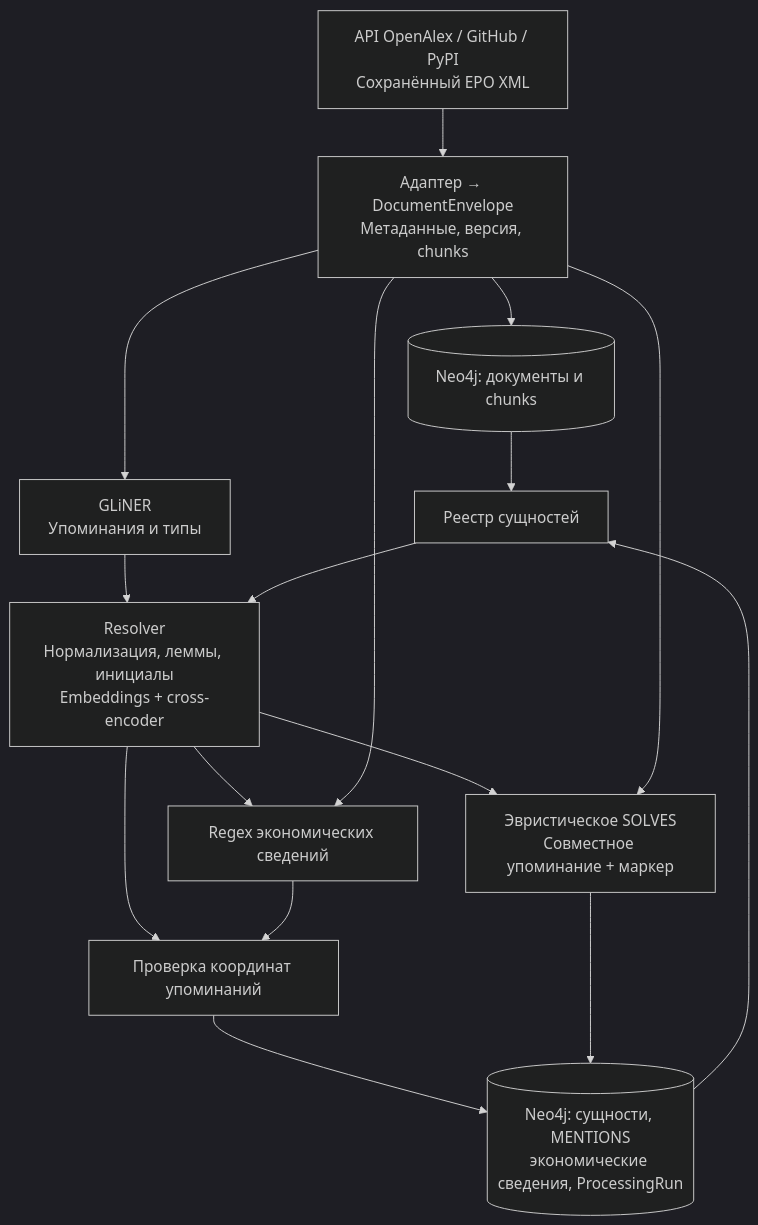
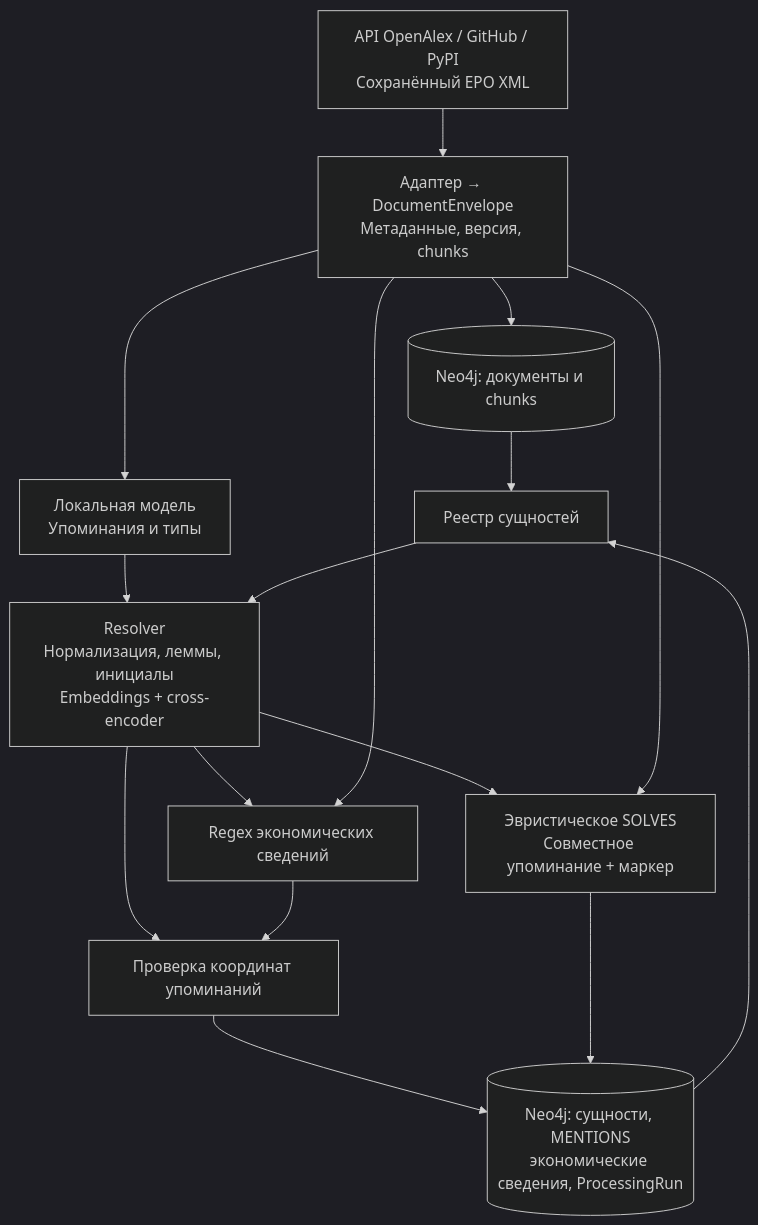
Before and after one commit to Pesimistixxx/LCTrendSearch: the first of 2 diagrams in docs/pipeline-before-after.md, drawn with Mermaid (dark theme). The commit also changed other lines of this file and 134 other files, not shown here.

````diff
--- a/docs/pipeline-before-after.md
+++ b/docs/pipeline-before-after.md
@@ -7,18 +7,18 @@
 ```mermaid
 flowchart TB
   I["API OpenAlex / GitHub / PyPI<br/>Сохранённый EPO XML"] --> A["Адаптер → DocumentEnvelope<br/>Метаданные, версия, chunks"]
   A --> D[("Neo4j: документы и chunks")]
-  A --> N["GLiNER<br/>Упоминания и типы"]
+  A --> N["Локальная модель<br/>Упоминания и типы"]
   D --> REG["Реестр сущностей"]
   N --> R["Resolver<br/>Нормализация, леммы, инициалы<br/>Embeddings + cross-encoder"]
   REG --> R
   R --> E["Regex экономических сведений"]
   A --> E
   R --> L["Эвристическое SOLVES<br/>Совместное упоминание + маркер"]
   A --> L
   R --> V["Проверка координат упоминаний"]
   E --> V
   V --> G[("Neo4j: сущности, MENTIONS<br/>экономические сведения, ProcessingRun")]
   L --> G
   G --> REG
 ```
````
